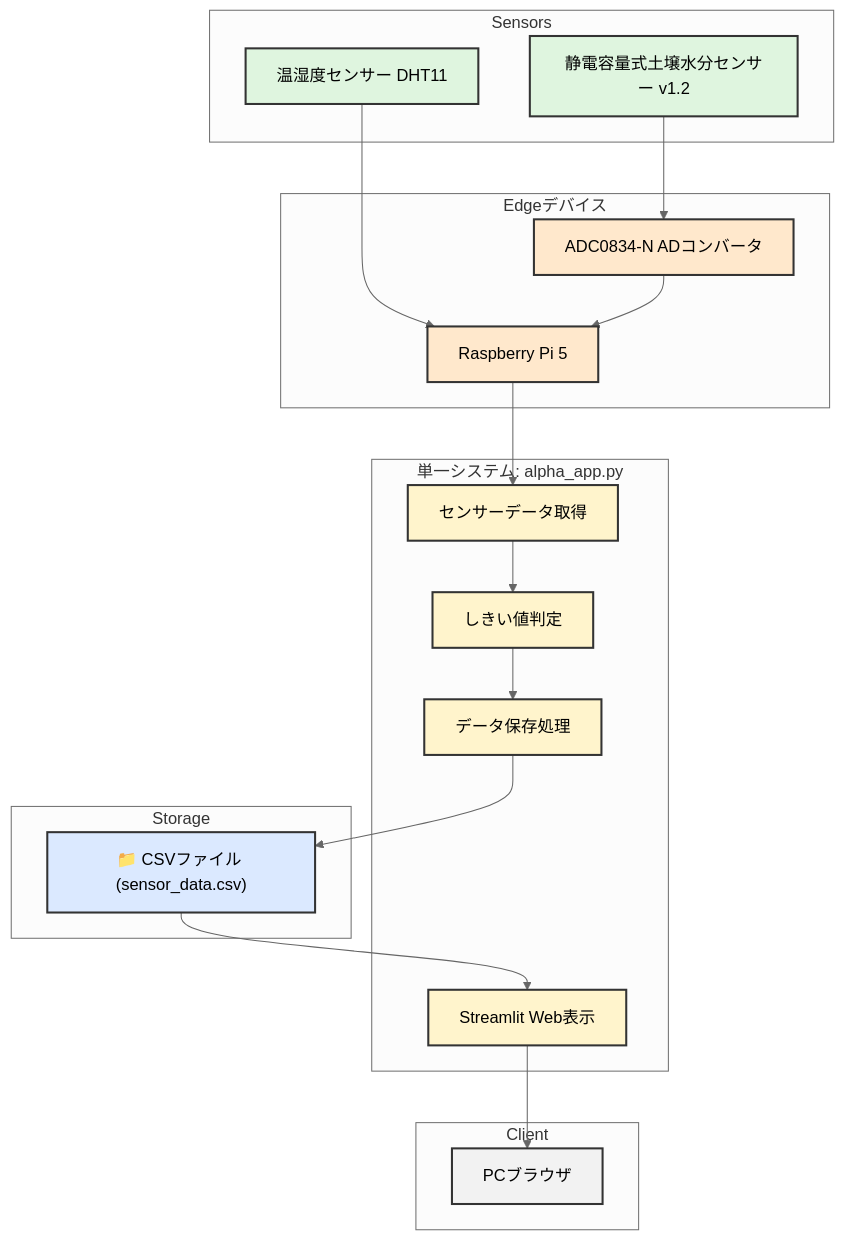
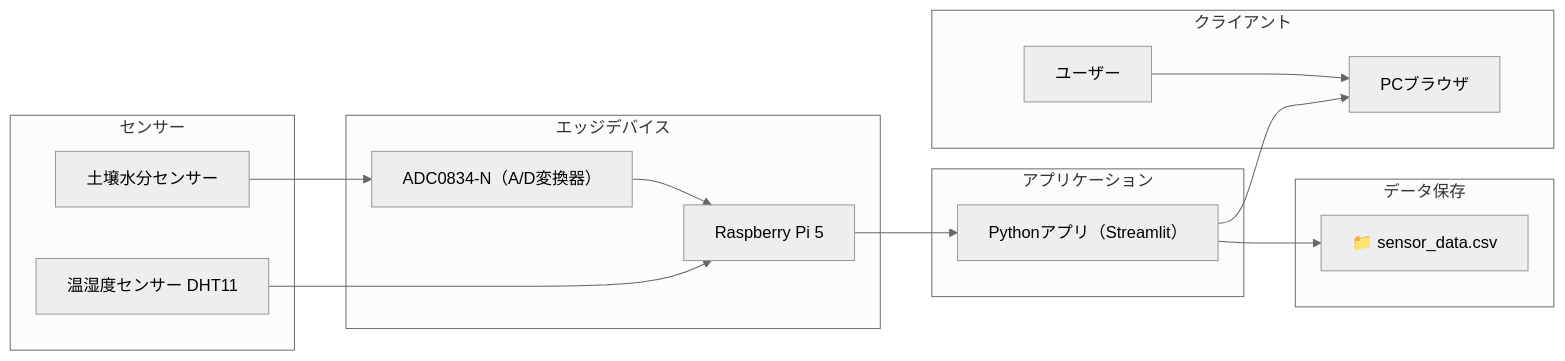
Before and after one commit to Mutou-dev123/plant-iot-system: the second of 3 diagrams in README.md, drawn with Mermaid (neutral theme). The commit also changed other lines of this file, not shown here.

````diff
--- a/README.md
+++ b/README.md
@@ -117,53 +117,34 @@
 ```mermaid
-graph TD
-    subgraph Sensors ["Sensors"]
+graph LR
+    subgraph Sensors["センサー"]
         DHT11["温湿度センサー DHT11"]
-        Soil["静電容量式土壌水分センサー v1.2"]
+        Soil["土壌水分センサー"]
     end
 
-    subgraph Edge_Device ["Edgeデバイス"]
-        ADC["ADC0834-N ADコンバータ"]
+    subgraph Edge["エッジデバイス"]
+        ADC["ADC0834-N（A/D変換器）"]
         RPI["Raspberry Pi 5"]
     end
 
-    subgraph Python_System ["単一システム: alpha_app.py"]
-        Collect["センサーデータ取得"]
-        Logic["しきい値判定"]
-        Save["データ保存処理"]
-        Web["Streamlit Web表示"]
+    subgraph App["アプリケーション"]
+        STREAM["Pythonアプリ（Streamlit）"]
     end
 
-    subgraph Storage ["Storage"]
-        DB["📁 CSVファイル (sensor_data.csv)"]
+    subgraph Storage["データ保存"]
+        CSV["📁 sensor_data.csv"]
     end
 
-    subgraph Client ["Client"]
+    subgraph Client["クライアント"]
         Browser["PCブラウザ"]
+        User["ユーザー"]
     end
 
-    %% 接続関係
     DHT11 --> RPI
     Soil --> ADC
     ADC --> RPI
 
-    RPI --> Collect
-    Collect --> Logic
-    Logic --> Save
-    Save --> DB
-    
-    DB --> Web
-    Web --> Browser
-
-    %% 色設定
-    classDef sensor fill:#dff5df,color:#000,stroke:#333,stroke-width:2px
-    classDef edge fill:#ffe8cc,color:#000,stroke:#333,stroke-width:2px
-    classDef python fill:#fff4cc,color:#000,stroke:#333,stroke-width:2px
-    classDef storage fill:#dbe9ff,color:#000,stroke:#333,stroke-width:2px
-    classDef client fill:#f2f2f2,color:#000,stroke:#333,stroke-width:2px
-
-    class DHT11,Soil sensor
-    class ADC,RPI edge
-    class Collect,Logic,Save,Web python
-    class DB storage
-    class Browser client
+    RPI --> STREAM
+    STREAM --> CSV
+    STREAM --> Browser
+    User --> Browser
 ```
````
